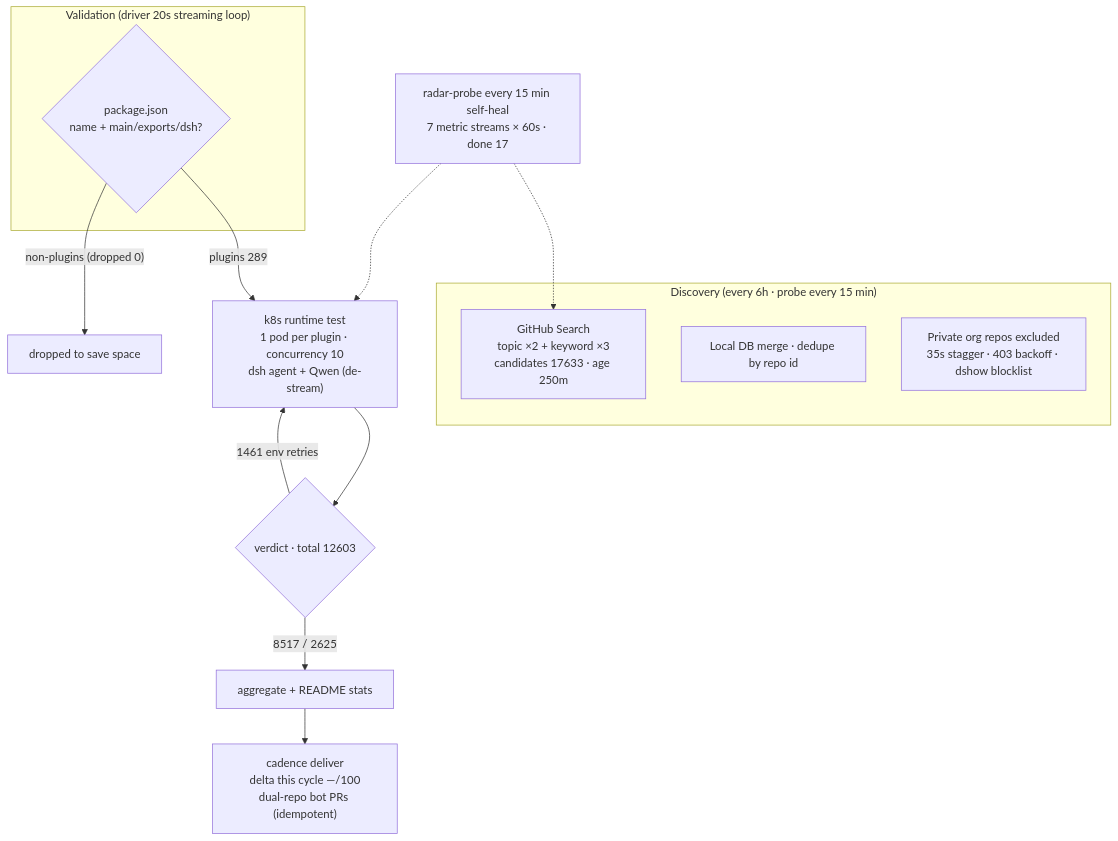
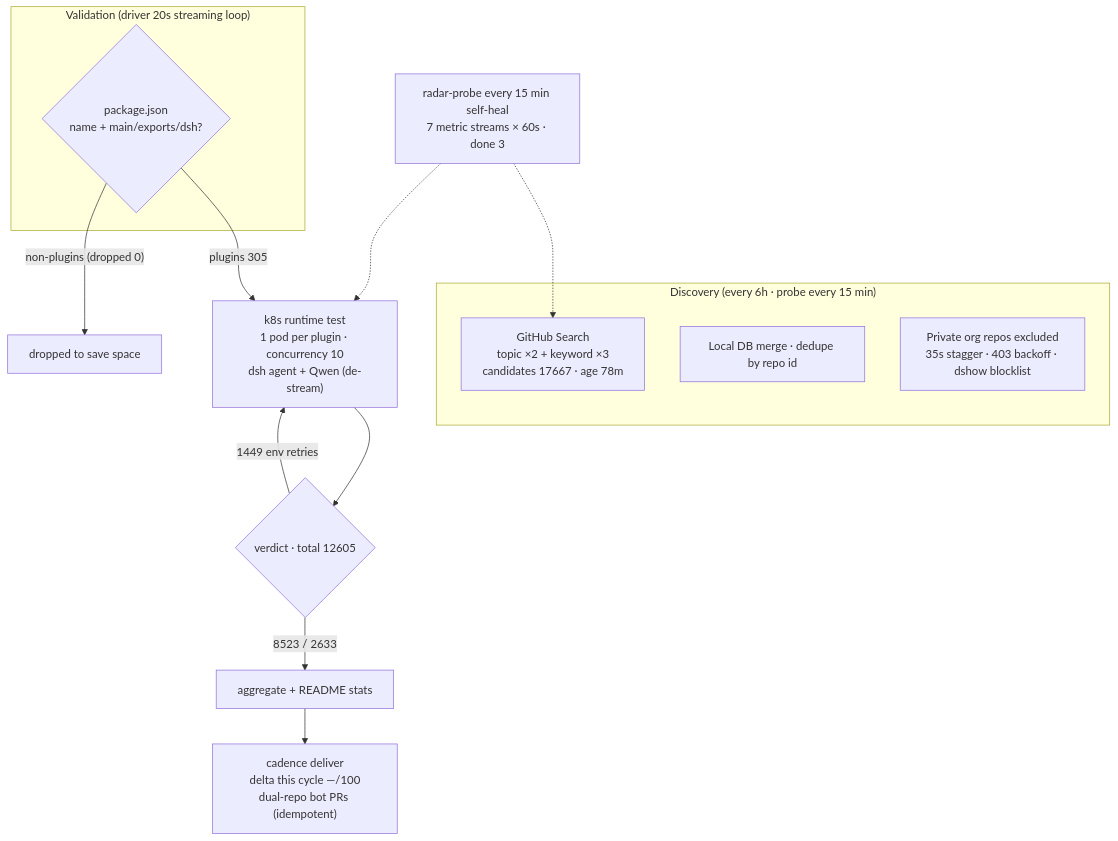
One commit to AdamPlatin123/awesome-dsh-plugins changed the diagram in README.en-US.md. Above: the diagram before and after it, drawn with Mermaid. The commit also changed other lines of this file and 5 other files, not shown here.

````diff
--- a/README.en-US.md
+++ b/README.en-US.md
@@ -45,20 +45,20 @@
 ```mermaid
 flowchart TB
     subgraph Discovery["Discovery (every 6h · probe every 15 min)"]
-        A1["GitHub Search<br/>topic ×2 + keyword ×3<br/>candidates 17633 · age 250m"]
+        A1["GitHub Search<br/>topic ×2 + keyword ×3<br/>candidates 17667 · age 78m"]
         A2["Local DB merge · dedupe by repo id"]
         A3["Private org repos excluded<br/>35s stagger · 403 backoff · dshow blocklist"]
     end
     subgraph Validation["Validation (driver 20s streaming loop)"]
         B1{"package.json<br/>name + main/exports/dsh?"}
     end
-    B1 -->|"plugins 289"| C1["k8s runtime test<br/>1 pod per plugin · concurrency 10<br/>dsh agent + Qwen (de-stream)"]
+    B1 -->|"plugins 305"| C1["k8s runtime test<br/>1 pod per plugin · concurrency 10<br/>dsh agent + Qwen (de-stream)"]
     B1 -->|"non-plugins (dropped 0)"| B3["dropped to save space"]
-    C1 --> D1{"verdict · total 12603"}
-    D1 -->|"8517 / 2625"| E1["aggregate + README stats"]
-    D1 -->|"1461 env retries"| C1
+    C1 --> D1{"verdict · total 12605"}
+    D1 -->|"8523 / 2633"| E1["aggregate + README stats"]
+    D1 -->|"1449 env retries"| C1
     E1 --> E2["cadence deliver<br/>delta this cycle —/100<br/>dual-repo bot PRs (idempotent)"]
-    M["radar-probe every 15 min self-heal<br/>7 metric streams × 60s · done 17"]
+    M["radar-probe every 15 min self-heal<br/>7 metric streams × 60s · done 3"]
     M -.-> A1
     M -.-> C1
 ```
````
